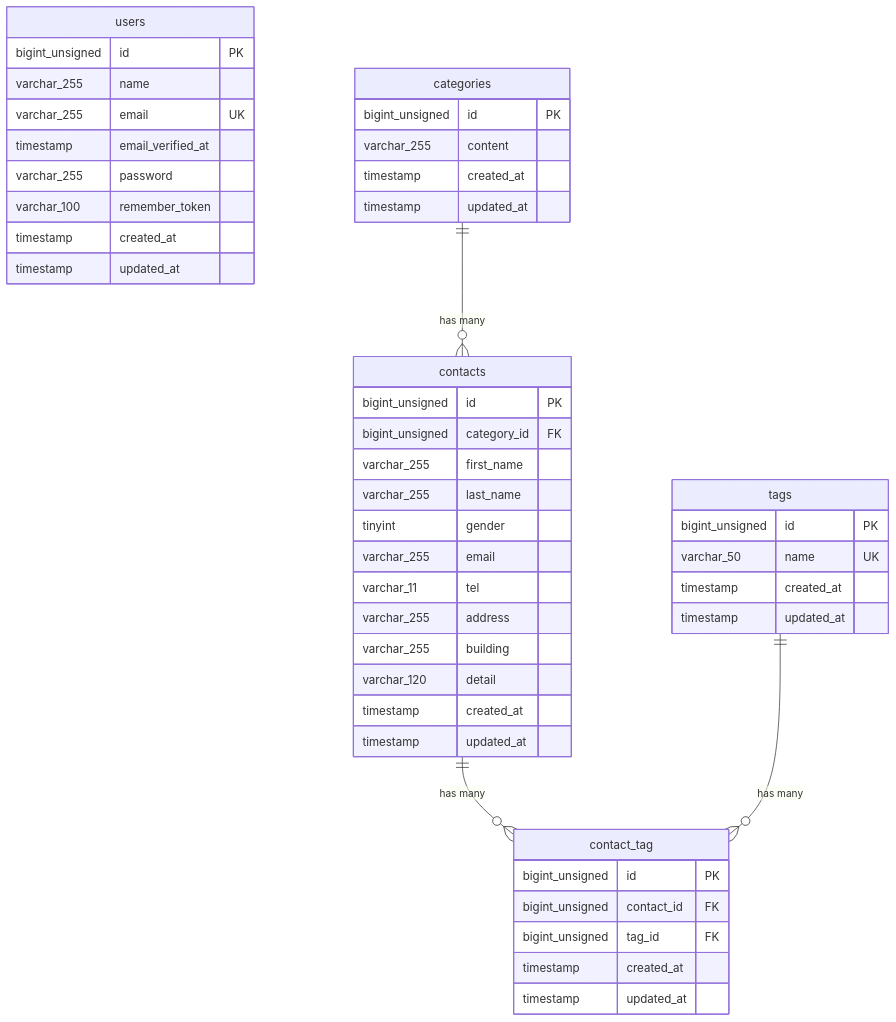
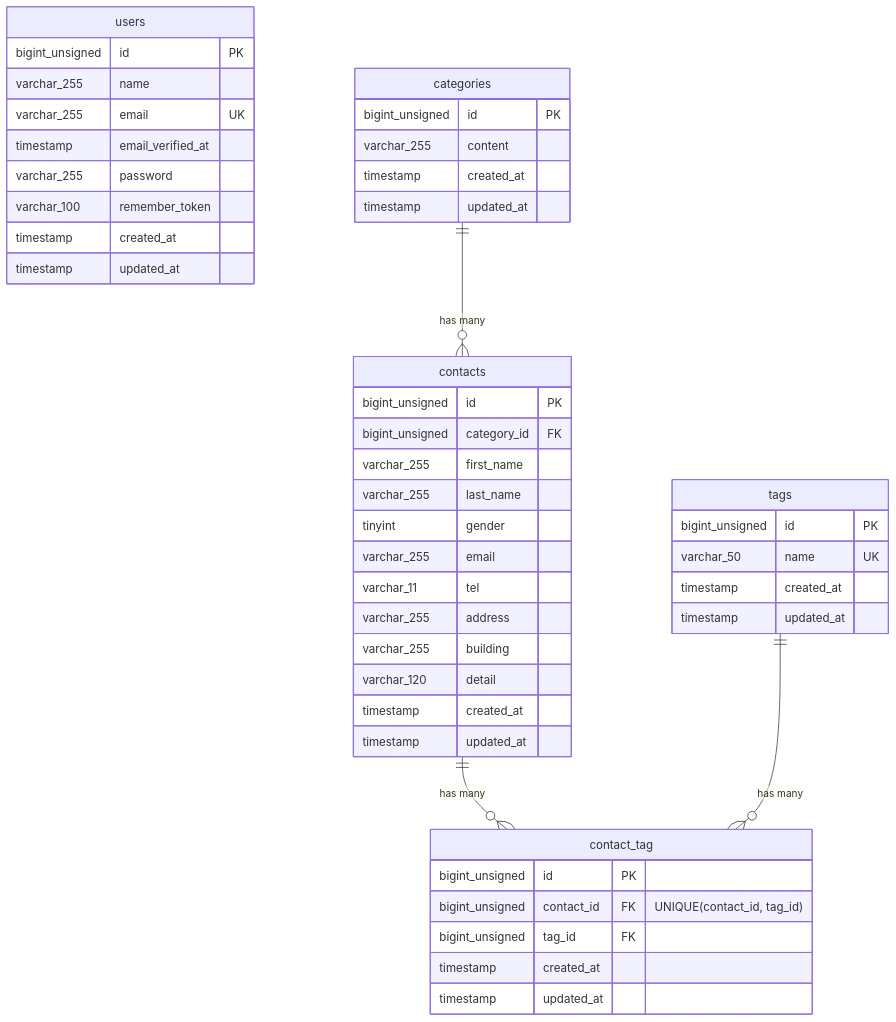
Before and after one commit to coachtech-confirmationtest/ExampleAnswer-ConfirmationTest-ContactForm: the diagram in README.md, drawn with Mermaid. The commit also changed other lines of this file and 4 other files, not shown here.

First line of the commit message:
docs/fix: 採点FB対応 — README開発環境URL追加、ER図複合ユニーク可視化、CSV項目名修正、環境構築手順補完

````diff
--- a/README.md
+++ b/README.md
@@ -23,55 +23,54 @@
 ```mermaid
 erDiagram
     users {
         bigint_unsigned id PK
         varchar_255 name
         varchar_255 email UK
         timestamp email_verified_at
         varchar_255 password
         varchar_100 remember_token
         timestamp created_at
         timestamp updated_at
     }
 
     categories {
         bigint_unsigned id PK
         varchar_255 content
         timestamp created_at
         timestamp updated_at
     }
 
     contacts {
         bigint_unsigned id PK
         bigint_unsigned category_id FK
         varchar_255 first_name
         varchar_255 last_name
         tinyint gender
         varchar_255 email
         varchar_11 tel
         varchar_255 address
         varchar_255 building
         varchar_120 detail
         timestamp created_at
         timestamp updated_at
     }
 
     tags {
         bigint_unsigned id PK
         varchar_50 name UK
         timestamp created_at
         timestamp updated_at
     }
 
     contact_tag {
         bigint_unsigned id PK
-        bigint_unsigned contact_id FK
+        bigint_unsigned contact_id FK "UNIQUE(contact_id, tag_id)"
         bigint_unsigned tag_id FK
         timestamp created_at
         timestamp updated_at
     }
-    %% UNIQUE(contact_id, tag_id)
 
     categories ||--o{ contacts : "has many"
     contacts ||--o{ contact_tag : "has many"
     tags ||--o{ contact_tag : "has many"
 ```
````
